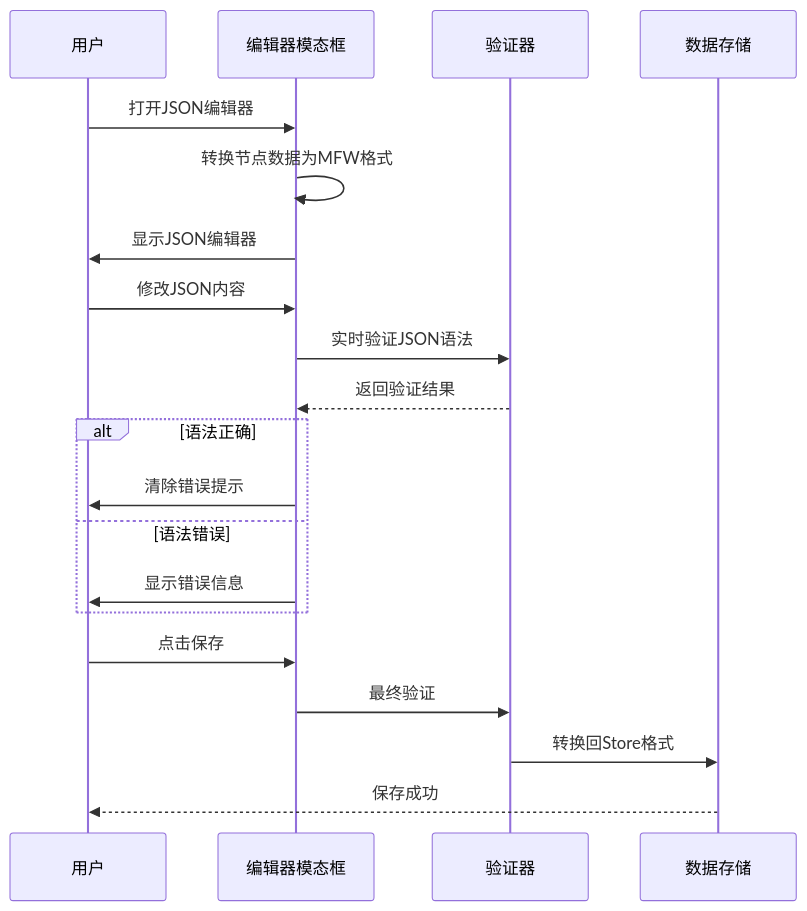
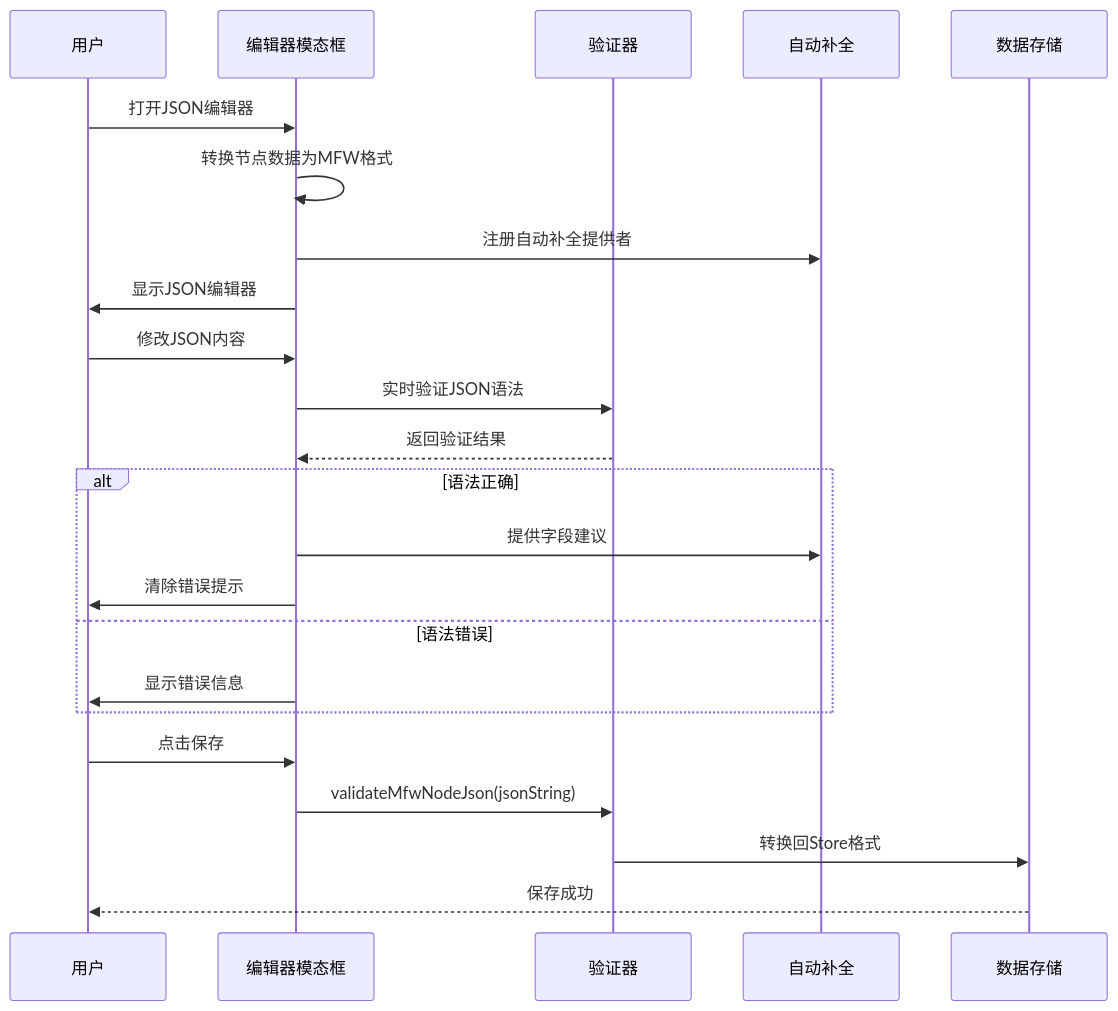
One commit to kqcoxn/MaaPipelineEditor changed the fifth of 6 diagrams in .qoder/repowiki/zh/content/字段配置系统/字段验证系统/节点JSON验证器.md. Above: the diagram before and after it, drawn with Mermaid. The commit also changed other lines of this file and 17 other files, not shown here.

````diff
--- a/.qoder/repowiki/zh/content/字段配置系统/字段验证系统/节点JSON验证器.md
+++ b/.qoder/repowiki/zh/content/字段配置系统/字段验证系统/节点JSON验证器.md
@@ -215,22 +255,25 @@
 ```mermaid
 sequenceDiagram
 participant User as 用户
 participant Modal as 编辑器模态框
 participant Validator as 验证器
+participant Completion as 自动补全
 participant Store as 数据存储
 User->>Modal : 打开JSON编辑器
 Modal->>Modal : 转换节点数据为MFW格式
+Modal->>Completion : 注册自动补全提供者
 Modal->>User : 显示JSON编辑器
 User->>Modal : 修改JSON内容
 Modal->>Validator : 实时验证JSON语法
 Validator-->>Modal : 返回验证结果
 alt 语法正确
+Modal->>Completion : 提供字段建议
 Modal->>User : 清除错误提示
 else 语法错误
 Modal->>User : 显示错误信息
 end
 User->>Modal : 点击保存
-Modal->>Validator : 最终验证
+Modal->>Validator : validateMfwNodeJson(jsonString)
 Validator->>Store : 转换回Store格式
 Store-->>User : 保存成功
 ```
````
